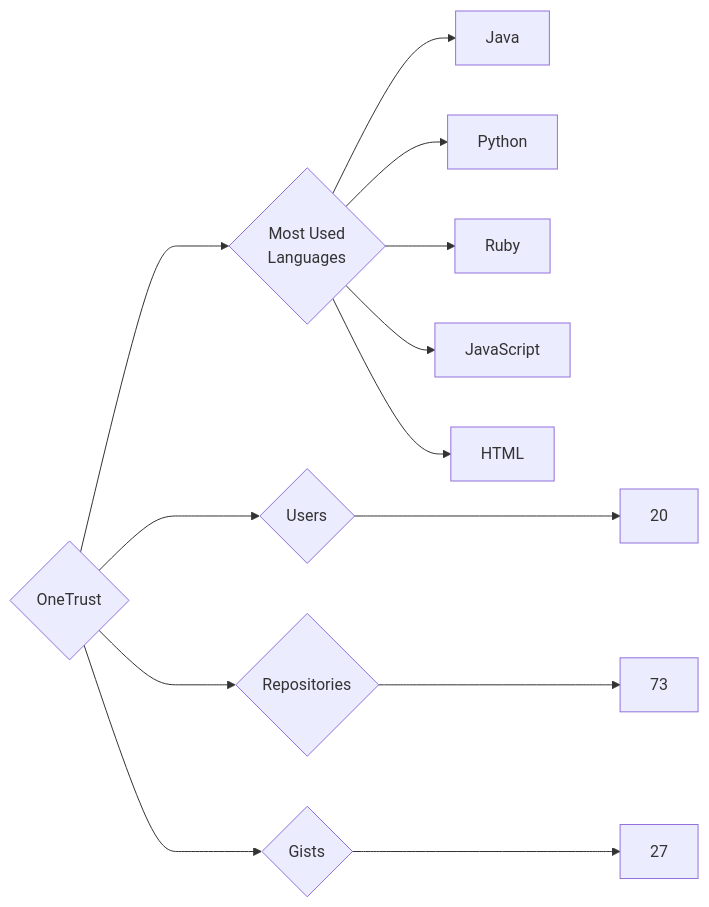
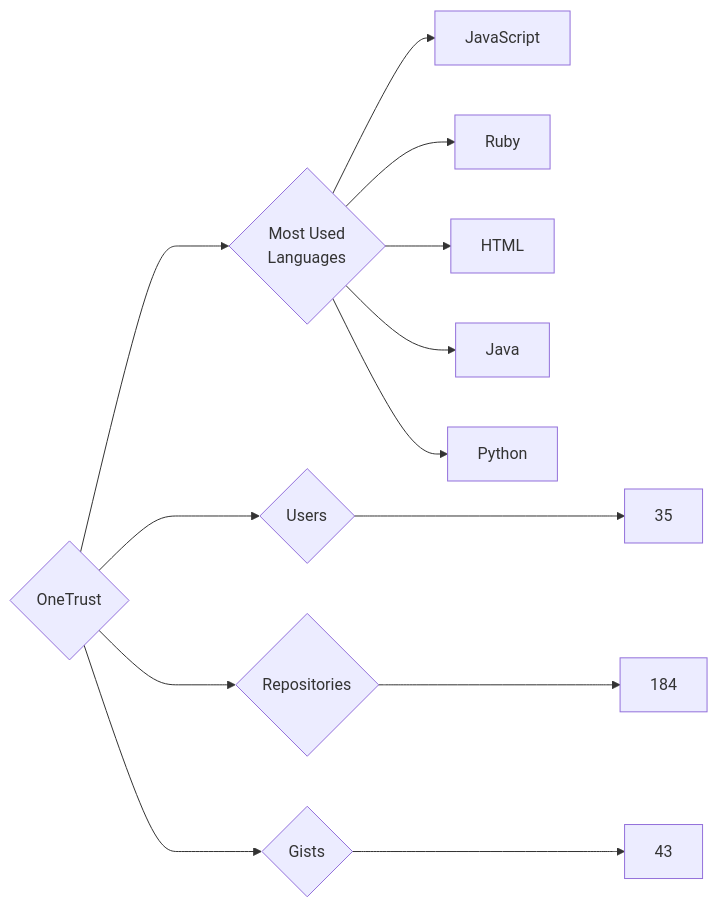
The diagram in targets/OneTrust/README.md (trickest/insiders), drawn with Mermaid before and after one commit. The commit also changed 597 other files, not shown here.

````diff
--- a/targets/OneTrust/README.md
+++ b/targets/OneTrust/README.md
@@ -3,13 +3,13 @@
 ```mermaid
 graph LR
 COMPANY_NAME{OneTrust}
-COMPANY_NAME ---> U{Users} ---> UN[20]
-COMPANY_NAME ---> R{Repositories} ---> RN[73]
-COMPANY_NAME ---> G{Gists} ---> GN[27]
+COMPANY_NAME ---> U{Users} ---> UN[35]
+COMPANY_NAME ---> R{Repositories} ---> RN[184]
+COMPANY_NAME ---> G{Gists} ---> GN[43]
 COMPANY_NAME ---> ML{Most Used<br>Languages}
+ML --> JavaScript[JavaScript]
+ML --> Ruby[Ruby]
+ML --> HTML[HTML]
 ML --> Java[Java]
 ML --> Python[Python]
-ML --> Ruby[Ruby]
-ML --> JavaScript[JavaScript]
-ML --> HTML[HTML]
 ```
````
